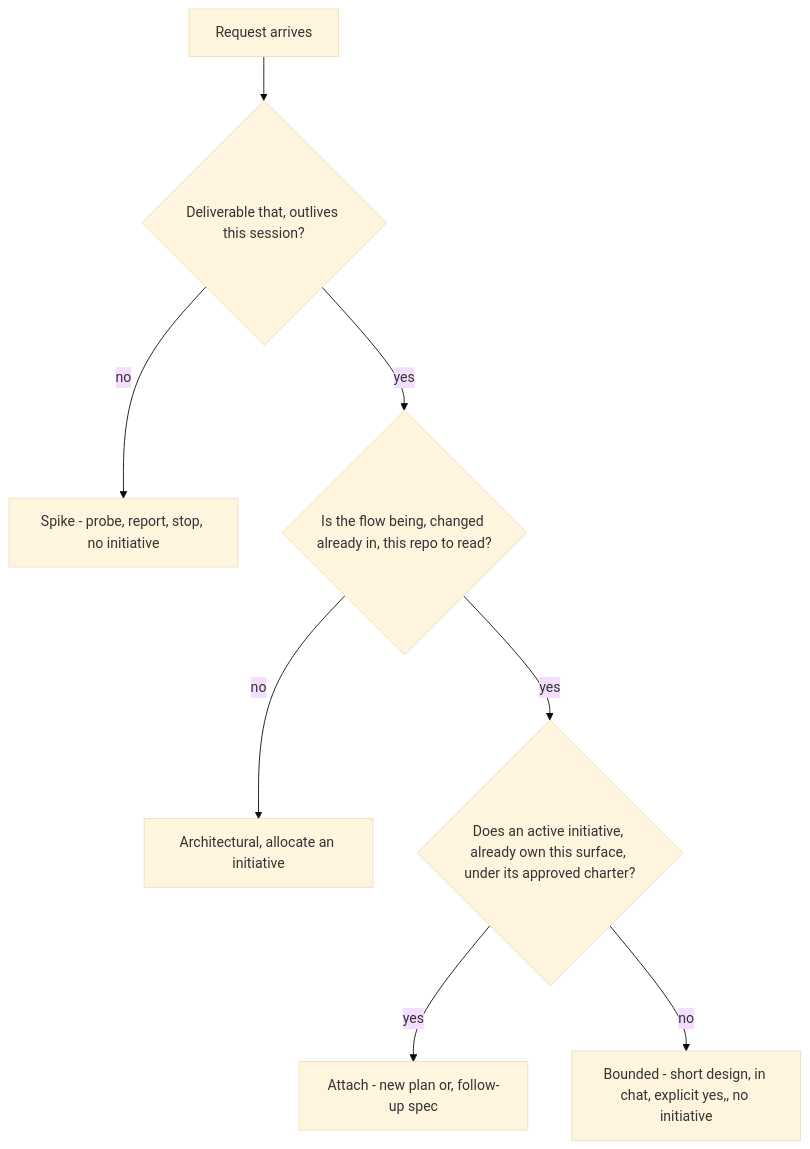
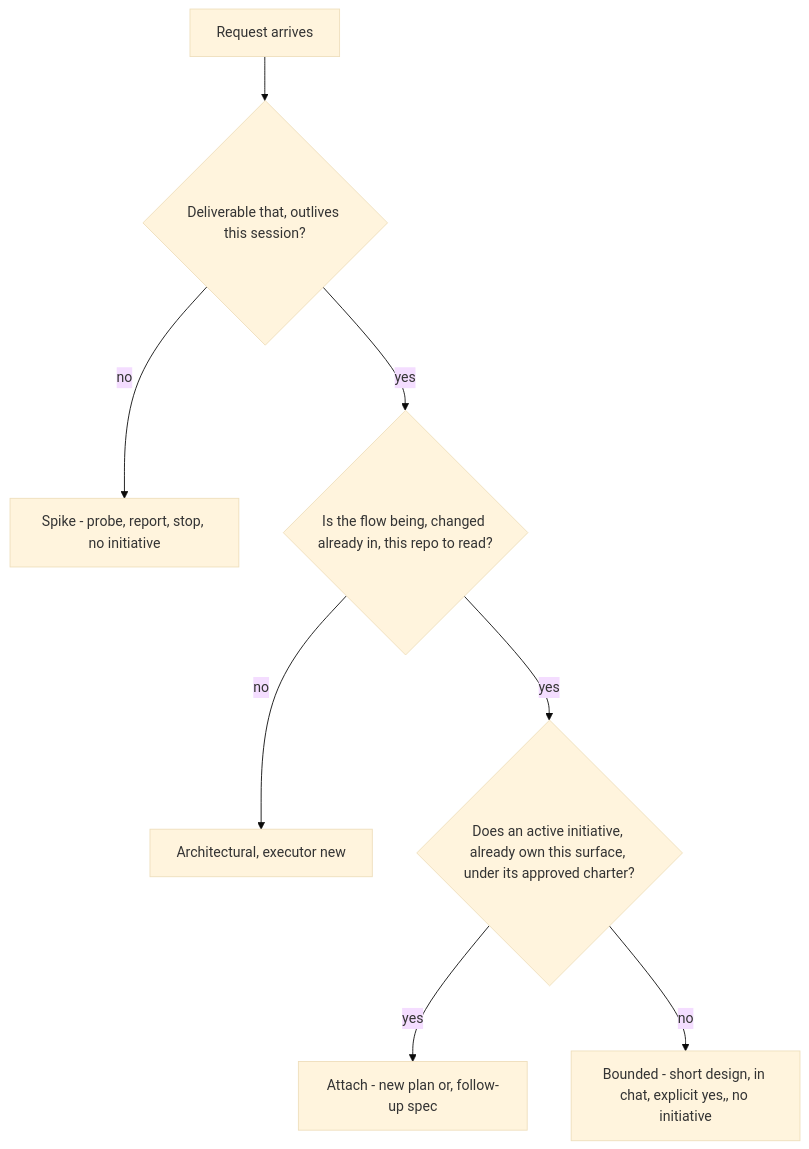
The diagram in skills/executor-initiative/SKILL.md (Atri10/executor), drawn with Mermaid (base theme) before and after one commit. The commit also changed other lines of this file and 40 other files, not shown here.

````diff
--- a/skills/executor-initiative/SKILL.md
+++ b/skills/executor-initiative/SKILL.md
@@ -60,10 +59,10 @@
 ```mermaid
 flowchart TB
     R["Request arrives"] --> Q{"Deliverable that, outlives this session?"}
     Q -->|"no"| SP["Spike - probe, report, stop, no initiative"]
     Q -->|"yes"| B{"Is the flow being, changed already in, this repo to read?"}
-    B -->|"no"| AR["Architectural, allocate an initiative"]
+    B -->|"no"| AR["Architectural, executor new"]
     B -->|"yes"| E{"Does an active initiative, already own this surface, under its approved charter?"}
     E -->|"yes"| AT["Attach - new plan or, follow-up spec"]
     E -->|"no"| BD["Bounded - short design, in chat, explicit yes,, no initiative"]
 ```
````
